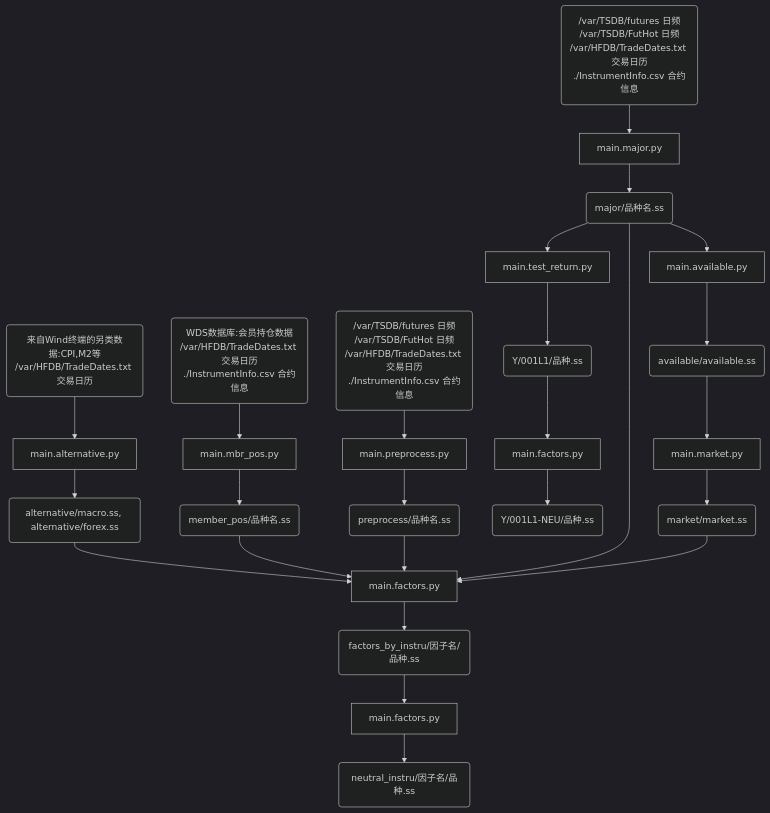
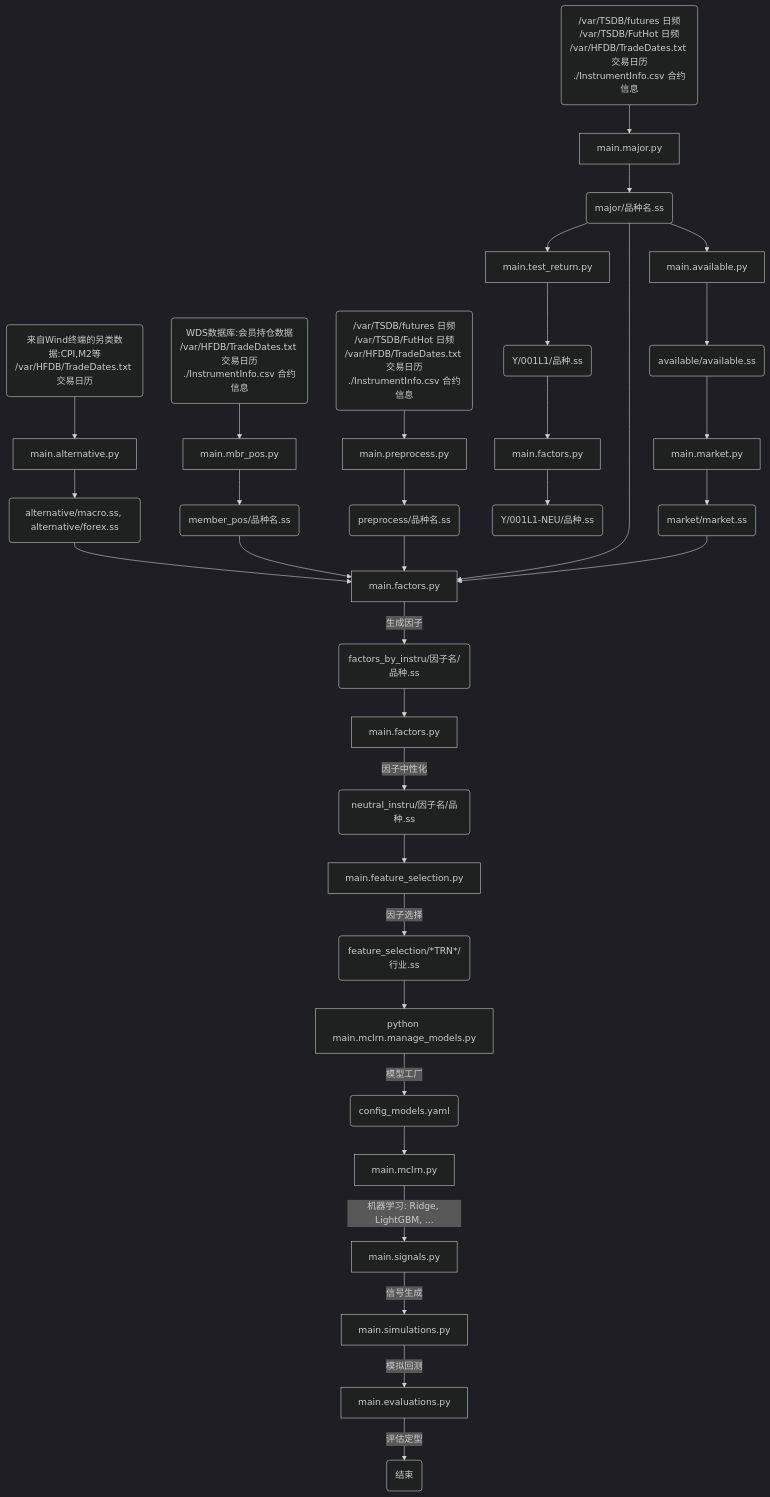
Before and after one commit to huxiaoou/Project_CTA_ML_V02: the first of 2 diagrams in README.md, drawn with Mermaid (dark theme). The commit also changed other lines of this file and 9 other files, not shown here.

````diff
--- a/README.md
+++ b/README.md
@@ -15,37 +24,48 @@
 ```mermaid
 graph TB
     A(来自Wind终端的另类数据:CPI,M2等\n/var/HFDB/TradeDates.txt 交易日历) --> B
     B[main.alternative.py] --> C
     C(alternative/macro.ss, alternative/forex.ss) --> Y
 
     D(WDS数据库:会员持仓数据\n/var/HFDB/TradeDates.txt 交易日历\n./InstrumentInfo.csv 合约信息) --> E
     E[main.mbr_pos.py] --> F
     F(member_pos/品种名.ss) --> Y
 
     G(/var/TSDB/futures 日频\n/var/TSDB/FutHot 日频\n/var/HFDB/TradeDates.txt 交易日历\n./InstrumentInfo.csv 合约信息) --> H
     H[main.preprocess.py] --> I
     I(preprocess/品种名.ss) --> Y
 
     J(/var/TSDB/futures 日频\n/var/TSDB/FutHot 日频\n/var/HFDB/TradeDates.txt 交易日历\n./InstrumentInfo.csv 合约信息) --> K
     K[main.major.py] --> L(major/品种名.ss)
 
     L --> Y
-    Y[main.factors.py] --> Y1
+    Y[main.factors.py] -- 生成因子 --> Y1
     Y1(factors_by_instru/因子名/品种.ss) --> Y2
-    Y2[main.factors.py] --> Y3
+    Y2[main.factors.py] -- 因子中性化 --> Y3
     Y3(neutral_instru/因子名/品种.ss)
 
     L --> Z
     Z[main.test_return.py] --> Z1
     Z1(Y/001L1/品种.ss) --> Z2
     Z2[main.factors.py] --> Z3
     Z3(Y/001L1-NEU/品种.ss)
    
     L --> M
     M[main.available.py]-->N
     N(available/available.ss)-->O
     O[main.market.py]-->P
     P(market/market.ss)-->Y
 
+    Y3 --> Y4
+    Y4[main.feature_selection.py] -- 因子选择 --> Y5
+    Y5(feature_selection/*TRN*/行业.ss) --> Y6
+    Y6[python main.mclrn.manage_models.py] -- 模型工厂 --> Y7
+    Y7(config_models.yaml) --> Y8
+    Y8[main.mclrn.py] -- 机器学习: Ridge, LightGBM, ... --> Y9
+    Y9[main.signals.py] -- 信号生成 --> YX
+    YX[main.simulations.py] -- 模拟回测 --> YA
+    YA[main.evaluations.py] -- 评估定型 --> YB
+    YB(结束)
+
 
 ```
````
